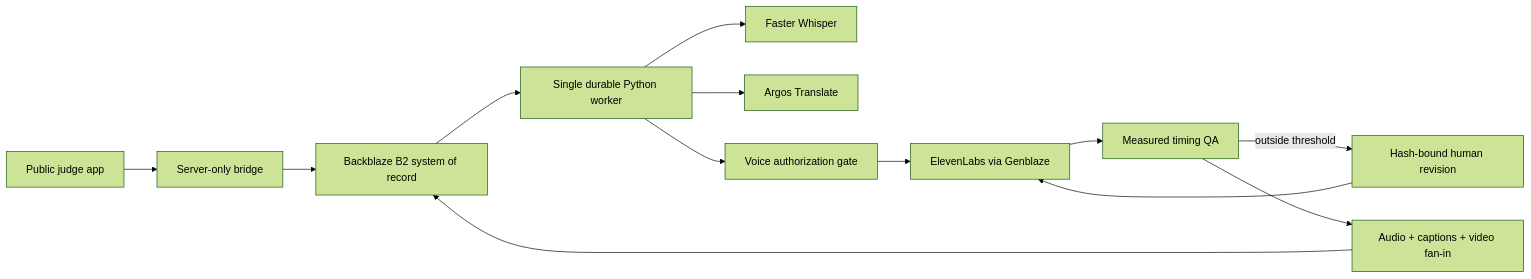
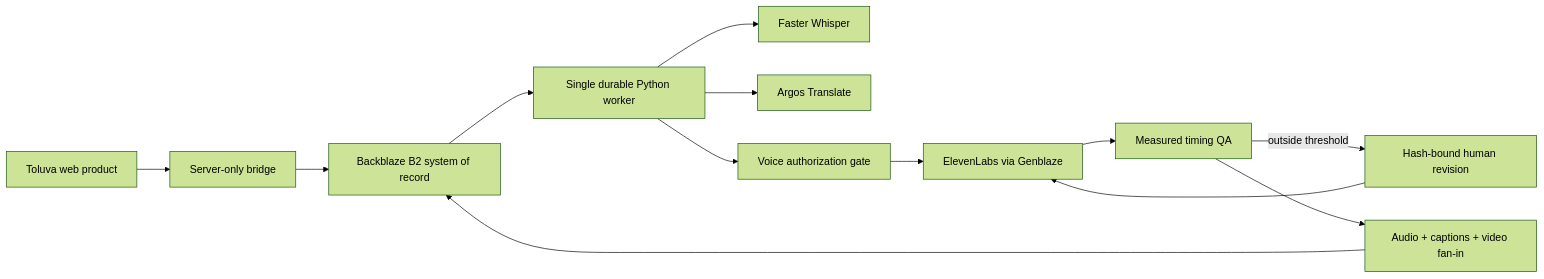
Before and after one commit to Pavilion-devs/toluva-backblaze: the diagram in README.md, drawn with Mermaid (forest theme). The commit also changed other lines of this file and 48 other files, not shown here.

````diff
--- a/README.md
+++ b/README.md
@@ -65,15 +68,15 @@
 ```mermaid
 flowchart LR
-    UI["Public judge app"] --> API["Server-only bridge"]
+    UI["Toluva web product"] --> API["Server-only bridge"]
     API --> B2["Backblaze B2 system of record"]
     B2 --> WORKER["Single durable Python worker"]
     WORKER --> STT["Faster Whisper"]
     WORKER --> TR["Argos Translate"]
     WORKER --> AUTH["Voice authorization gate"]
     AUTH --> TTS["ElevenLabs via Genblaze"]
     TTS --> QA["Measured timing QA"]
     QA -->|outside threshold| REVIEW["Hash-bound human revision"]
     REVIEW --> TTS
     QA --> FANIN["Audio + captions + video fan-in"]
     FANIN --> B2
 ```
````
